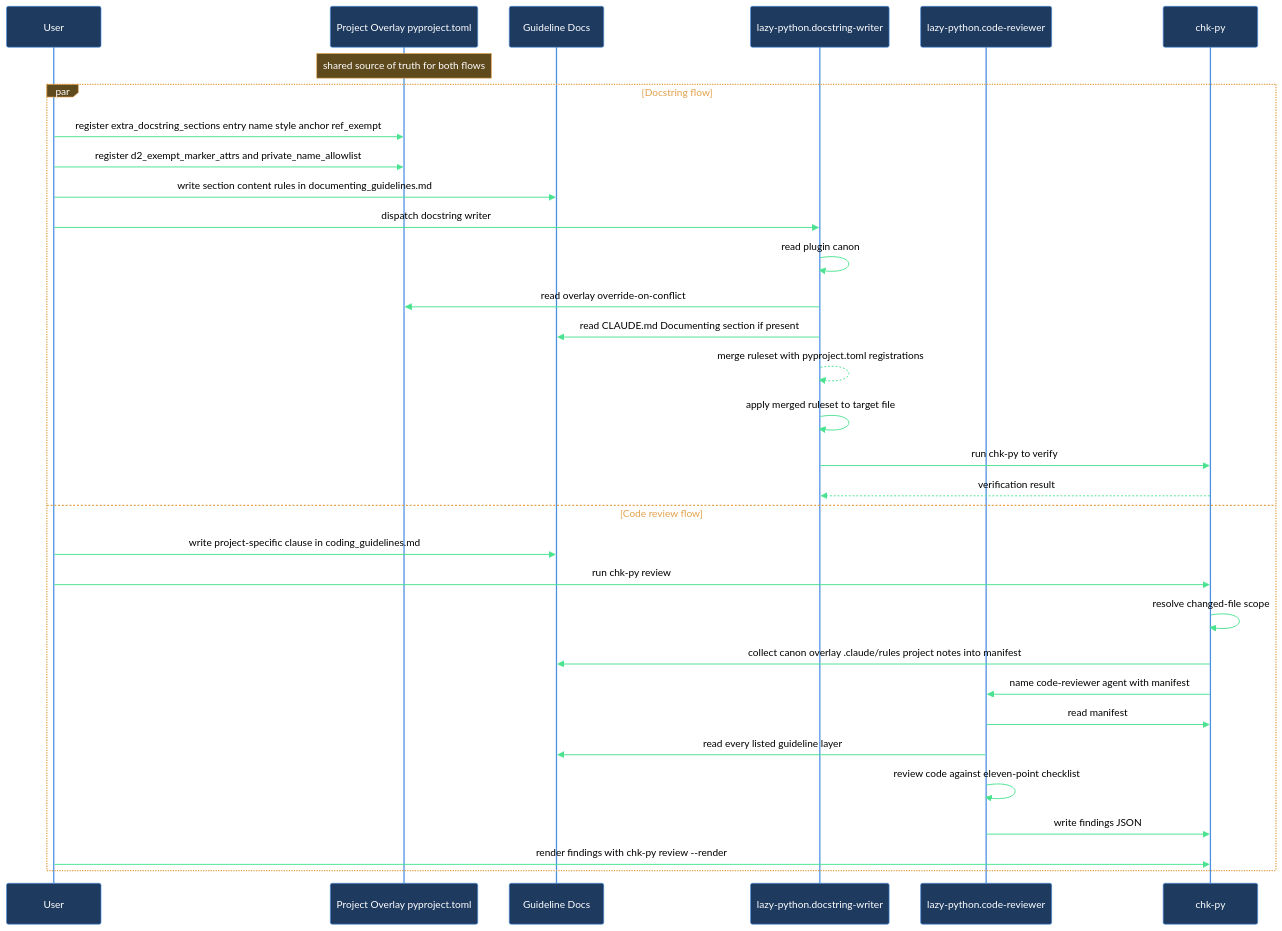
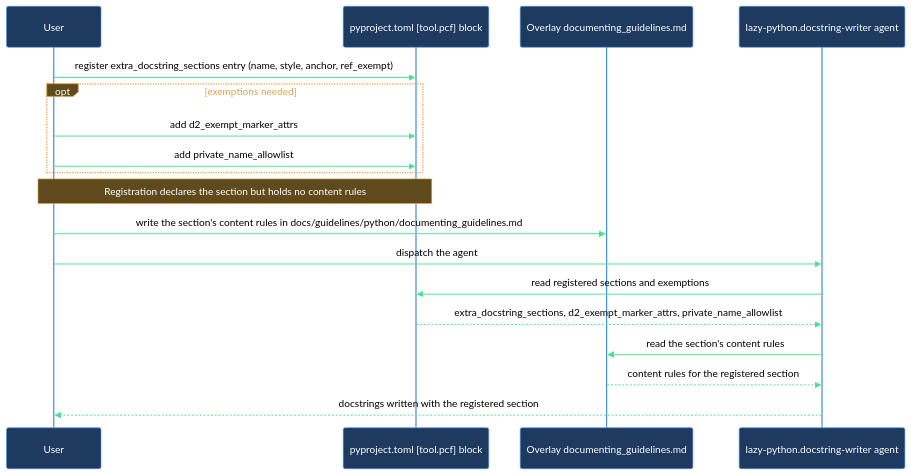
One commit to mebius-san/lazy-cortex changed the first of 3 diagrams in plugins/claude/lazycortex-python/help/walkthroughs/add-project-overlay.md. Above: the diagram before and after it, drawn with Mermaid. The commit also changed other lines of this file and 387 other files, not shown here.

Commit message:
release: lazycortex-core 12.1.0, lazycortex-diagram 2.1.2, lazycortex-experts 3.0.0, lazycortex-observe 2.2.8, lazycortex-obsidian 7.0.3, lazycortex-python 5.0.0, lazycortex-review 6.17.0, lazycortex-specs 16.0.0, lazycortex-wiki 5.0.0

````diff
--- a/plugins/claude/lazycortex-python/help/walkthroughs/add-project-overlay.md
+++ b/plugins/claude/lazycortex-python/help/walkthroughs/add-project-overlay.md
@@ -128,37 +139,22 @@
 ```mermaid
 %%{init: {'themeVariables':{'background':'transparent','primaryColor':'#1e3a5f','primaryBorderColor':'#4a90e2','primaryTextColor':'#fff','lineColor':'#4ae290','actorBkg':'#1e3a5f','actorBorder':'#4a90e2','actorTextColor':'#fff','actorLineColor':'#4a90e2','signalColor':'#4ae290','signalTextColor':'#000','noteBkgColor':'#5f4a1e','noteBorderColor':'#e2a14a','noteTextColor':'#fff','labelBoxBkgColor':'#5f4a1e','labelBoxBorderColor':'#e2a14a','labelTextColor':'#fff','loopTextColor':'#e2a14a'},'sequence':{'diagramPadding':5,'useMaxWidth':true}}}%%
 sequenceDiagram
   participant user as User
-  participant overlay as Project Overlay pyproject.toml
-  participant guidelines as Guideline Docs
-  participant writer as lazy-python.docstring-writer
-  participant reviewer as lazy-python.code-reviewer
-  participant chkpy as chk-py
+  participant pcfBlock as pyproject.toml [tool.pcf] block
+  participant overlayGuidelines as Overlay documenting_guidelines.md
+  participant docstringWriter as lazy-python.docstring-writer agent
 
-  Note over overlay: shared source of truth for both flows
-
-  par Docstring flow
-    user->>overlay: register extra_docstring_sections entry name style anchor ref_exempt
-    user->>overlay: register d2_exempt_marker_attrs and private_name_allowlist
-    user->>guidelines: write section content rules in documenting_guidelines.md
-    user->>writer: dispatch docstring writer
-    writer->>writer: read plugin canon
-    writer->>overlay: read overlay override-on-conflict
-    writer->>guidelines: read CLAUDE.md Documenting section if present
-    writer-->>writer: merge ruleset with pyproject.toml registrations
-    writer->>writer: apply merged ruleset to target file
-    writer->>chkpy: run chk-py to verify
-    chkpy-->>writer: verification result
-  and Code review flow
-    user->>guidelines: write project-specific clause in coding_guidelines.md
-    user->>chkpy: run chk-py review
-    chkpy->>chkpy: resolve changed-file scope
-    chkpy->>guidelines: collect canon overlay .claude/rules project notes into manifest
-    chkpy->>reviewer: name code-reviewer agent with manifest
-    reviewer->>chkpy: read manifest
-    reviewer->>guidelines: read every listed guideline layer
-    reviewer->>reviewer: review code against eleven-point checklist
-    reviewer->>chkpy: write findings JSON
-    user->>chkpy: render findings with chk-py review --render
+  user->>pcfBlock: register extra_docstring_sections entry (name, style, anchor, ref_exempt)
+  opt exemptions needed
+    user->>pcfBlock: add d2_exempt_marker_attrs
+    user->>pcfBlock: add private_name_allowlist
   end
+  Note over user,pcfBlock: Registration declares the section but holds no content rules
+  user->>overlayGuidelines: write the section's content rules in docs/guidelines/python/documenting_guidelines.md
+  user->>docstringWriter: dispatch the agent
+  docstringWriter->>pcfBlock: read registered sections and exemptions
+  pcfBlock-->>docstringWriter: extra_docstring_sections, d2_exempt_marker_attrs, private_name_allowlist
+  docstringWriter->>overlayGuidelines: read the section's content rules
+  overlayGuidelines-->>docstringWriter: content rules for the registered section
+  docstringWriter-->>user: docstrings written with the registered section
 ```
````
